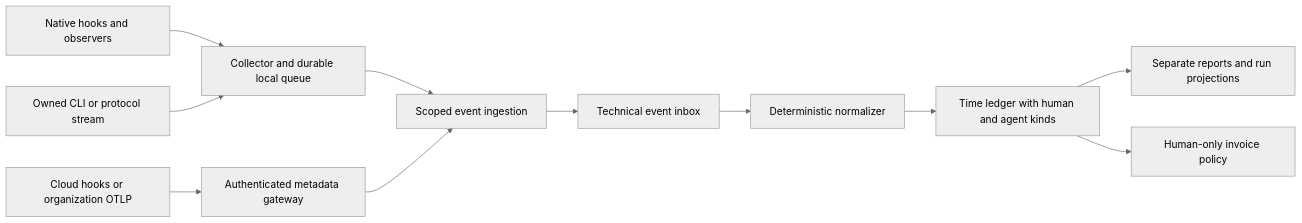
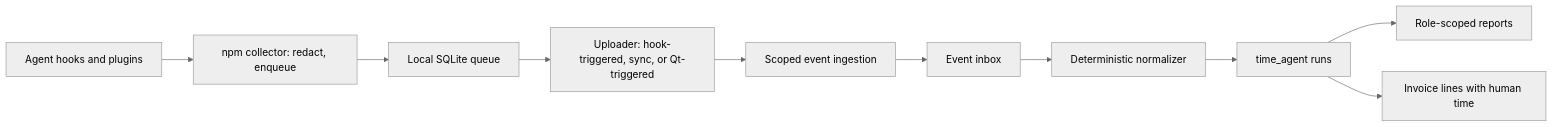
Before and after one commit to work-address/app: the diagram in docs/agent-time-tracking.md, drawn with Mermaid (neutral theme). The commit also changed other lines of this file and 1 other file, not shown here.

First line of the commit message:
docs: settle agent time tracking design and update SPEC

````diff
--- a/docs/agent-time-tracking.md
+++ b/docs/agent-time-tracking.md
@@ -134,13 +187,12 @@
 ```mermaid
 flowchart LR
-  A[Native hooks and observers] --> C[Collector and durable local queue]
-  B[Owned CLI or protocol stream] --> C
-  D[Cloud hooks or organization OTLP] --> G[Authenticated metadata gateway]
-  C --> I[Scoped event ingestion]
-  G --> I
-  I --> E[Technical event inbox]
+  H[Agent hooks and plugins] --> C[npm collector: redact, enqueue]
+  C --> Q[Local SQLite queue]
+  Q --> U[Uploader: hook-triggered, sync, or Qt-triggered]
+  U --> I[Scoped event ingestion]
+  I --> E[Event inbox]
   E --> N[Deterministic normalizer]
-  N --> T[Time ledger with human and agent kinds]
-  T --> R[Separate reports and run projections]
-  T --> F[Human-only invoice policy]
+  N --> T[time_agent runs]
+  T --> R[Role-scoped reports]
+  T --> V[Invoice lines with human time]
 ```
````
